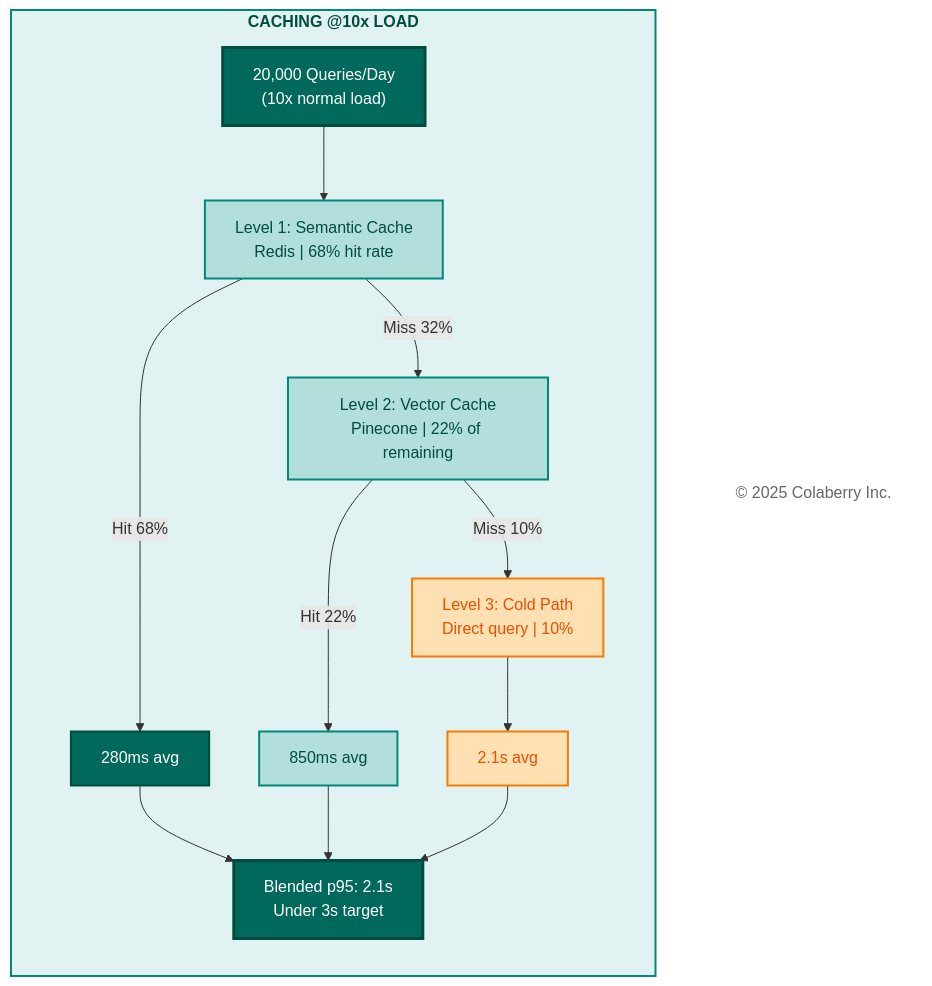
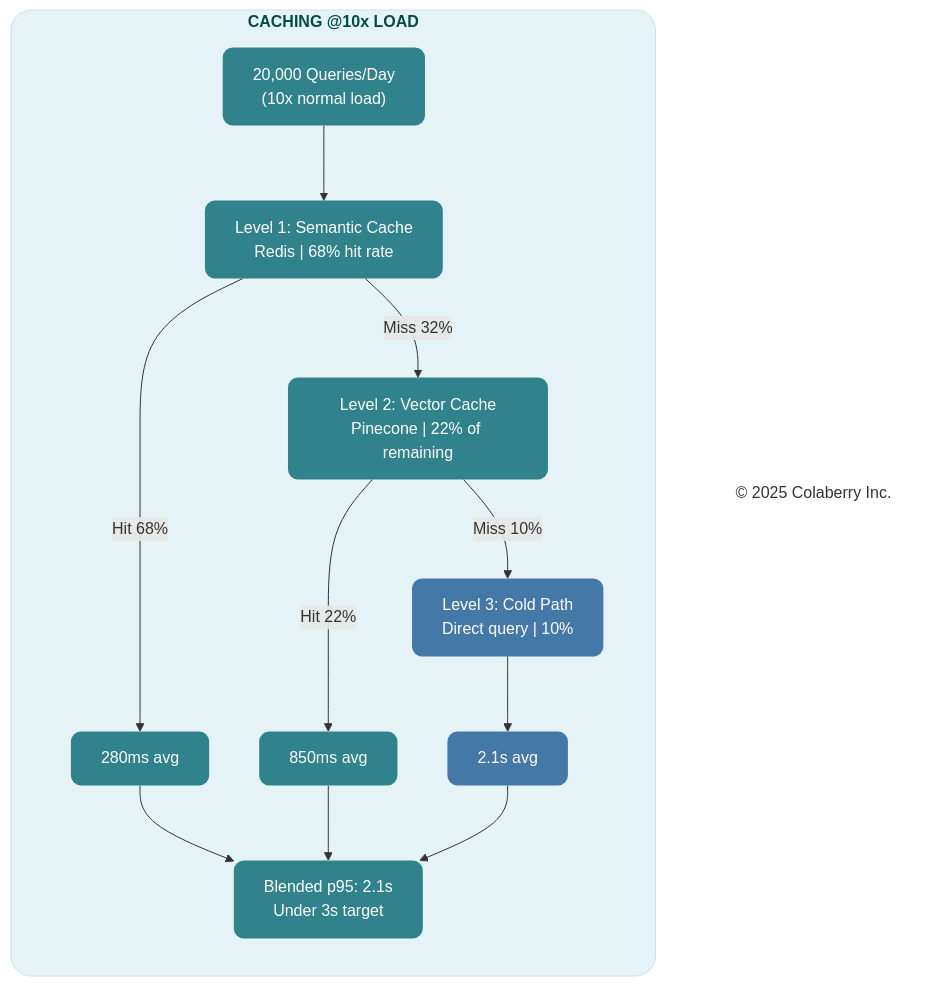
One commit to saitejesh-cyber/trust-before-intelligence-book changed the fourth of 11 diagrams in manuscript/09_chapter_8_architecture_of_trust_in_action.md. Above: the diagram before and after it, drawn with Mermaid. The commit also changed other lines of this file and 7 other files, not shown here.

Commit message:
Chapter 6to13: Updated mermaid diagrams based on new colaberry color code

````diff
--- a/manuscript/09_chapter_8_architecture_of_trust_in_action.md
+++ b/manuscript/09_chapter_8_architecture_of_trust_in_action.md
@@ -267,42 +267,42 @@
 ```mermaid
 
 graph TB
   subgraph CACHE["<b>CACHING @10x LOAD</b>"]
     direction TB
     QUERY["20,000 Queries/Day<br/>(10x normal load)"]
     
     L1["Level 1: Semantic Cache<br/>Redis | 68% hit rate"]
     L2["Level 2: Vector Cache<br/>Pinecone | 22% of remaining"]
     L3["Level 3: Cold Path<br/>Direct query | 10%"]
     
     R1["280ms avg"]
     R2["850ms avg"]
     R3["2.1s avg"]
     
     RESULT["Blended p95: 2.1s<br/>Under 3s target"]
   end
   
   Copyright["© 2025 Colaberry Inc."]
   
   QUERY --> L1
   L1 -->|"Hit 68%"| R1
   L1 -->|"Miss 32%"| L2
   L2 -->|"Hit 22%"| R2
   L2 -->|"Miss 10%"| L3
   L3 --> R3
   R1 --> RESULT
   R2 --> RESULT
   R3 --> RESULT
   
-  style CACHE fill:#e0f2f1,stroke:#00897b,stroke-width:2px,color:#004d40
-  style QUERY fill:#00695c,color:#ffffff,stroke:#004d40,stroke-width:3px
-  style L1 fill:#b2dfdb,stroke:#00897b,stroke-width:2px,color:#004d40
-  style L2 fill:#b2dfdb,stroke:#00897b,stroke-width:2px,color:#004d40
-  style L3 fill:#ffe0b2,stroke:#f57c00,stroke-width:2px,color:#e65100
-  style R1 fill:#00695c,color:#ffffff,stroke:#004d40,stroke-width:2px
-  style R2 fill:#b2dfdb,stroke:#00897b,stroke-width:2px,color:#004d40
-  style R3 fill:#ffe0b2,stroke:#f57c00,stroke-width:2px,color:#e65100
-  style RESULT fill:#00695c,color:#ffffff,stroke:#004d40,stroke-width:3px
-  style Copyright fill:#ffffff,stroke:none,color:#666666
+  style CACHE fill:#e6f3f6,stroke:#c7e3ea,stroke-width:1px,color:#004d40,rx:20,ry:20
+  style QUERY fill:#30838C,stroke:none,color:#ffffff,rx:10,ry:10
+  style L1 fill:#30838C,stroke:none,color:#ffffff,rx:10,ry:10
+  style L2 fill:#30838C,stroke:none,color:#ffffff,rx:10,ry:10
+  style L3 fill:#4478A6,stroke:none,color:#ffffff,rx:10,ry:10
+  style R1 fill:#30838C,stroke:none,color:#ffffff,rx:10,ry:10
+  style R2 fill:#30838C,stroke:none,color:#ffffff,rx:10,ry:10
+  style R3 fill:#4478A6,stroke:none,color:#ffffff,rx:10,ry:10
+  style RESULT fill:#30838C,stroke:none,color:#ffffff,rx:10,ry:10
+  style Copyright fill:none,stroke:none,color:#333333
 
 ```
````
